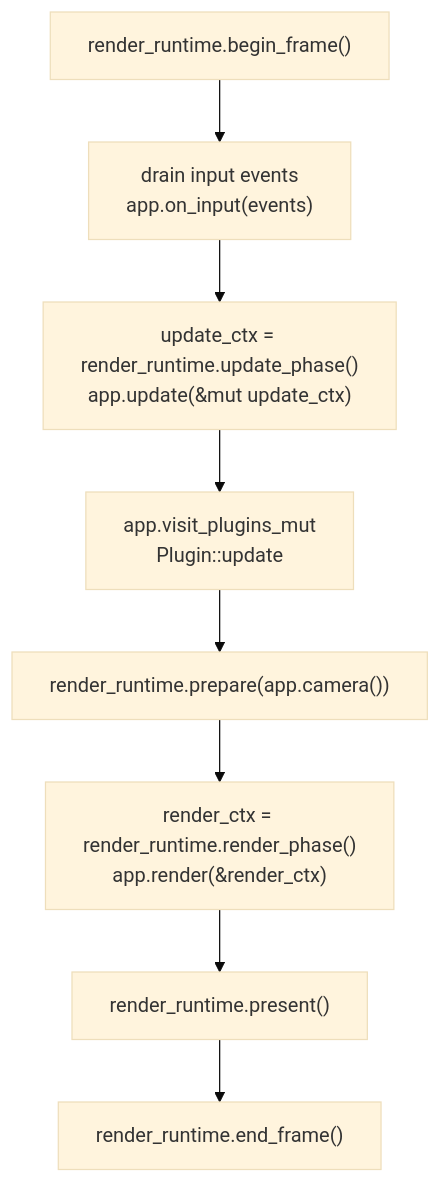
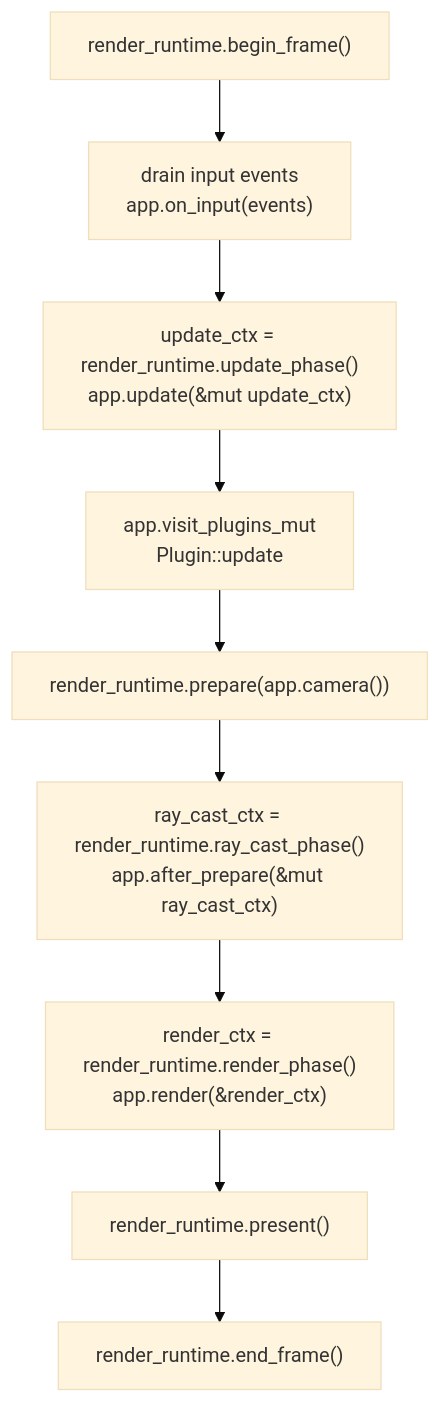
The fifth of 7 diagrams in ARCHITECTURE.md (acccoco/TruvisRenderer), drawn with Mermaid (base theme) before and after one commit. The commit also changed other lines of this file and 23 other files, not shown here.

````diff
--- a/ARCHITECTURE.md
+++ b/ARCHITECTURE.md
@@ -82,10 +82,11 @@
 ```mermaid
 flowchart TD
     BeginFrame["render_runtime.begin_frame()"] --> Input["drain input events<br/>app.on_input(events)"]
     Input --> Update["update_ctx = render_runtime.update_phase()<br/>app.update(&amp;mut update_ctx)"]
     Update --> PluginUpdate["app.visit_plugins_mut<br/>Plugin::update"]
     PluginUpdate --> Prepare["render_runtime.prepare(app.camera())"]
-    Prepare --> Render["render_ctx = render_runtime.render_phase()<br/>app.render(&amp;render_ctx)"]
+    Prepare --> AfterPrepare["ray_cast_ctx = render_runtime.ray_cast_phase()<br/>app.after_prepare(&amp;mut ray_cast_ctx)"]
+    AfterPrepare --> Render["render_ctx = render_runtime.render_phase()<br/>app.render(&amp;render_ctx)"]
     Render --> Present["render_runtime.present()"]
     Present --> EndFrame["render_runtime.end_frame()"]
 ```
````
